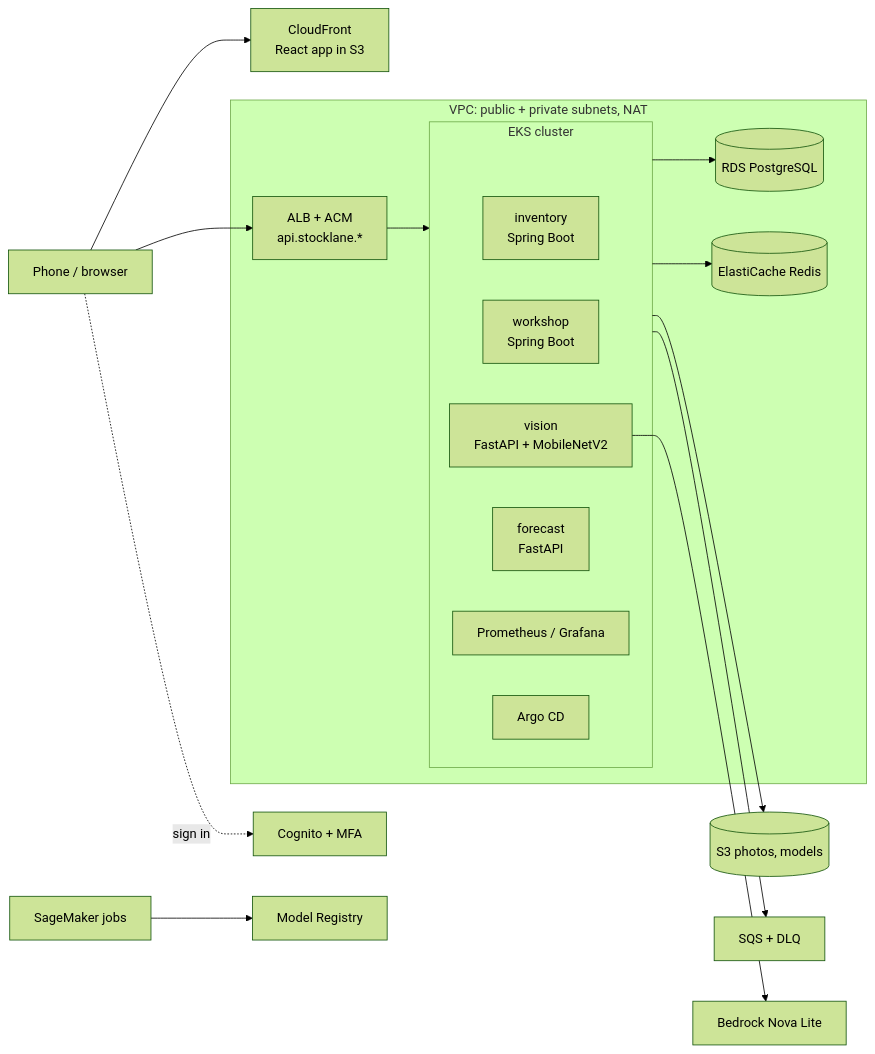
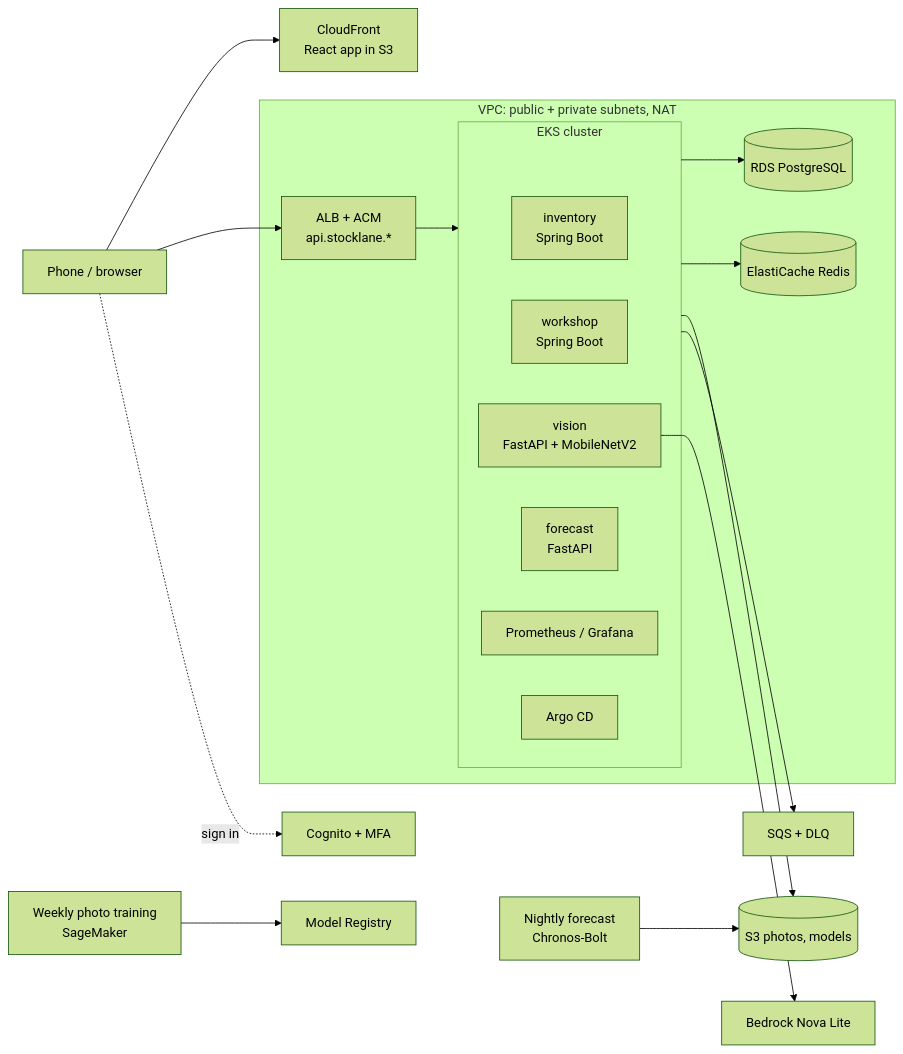
One commit to bawantha395/workshop-stock-management-system-mlops changed the first of 2 diagrams in README.md. Above: the diagram before and after it, drawn with Mermaid (forest theme). The commit also changed other lines of this file and 250 other files, not shown here.

````diff
--- a/README.md
+++ b/README.md
@@ -11,23 +15,24 @@
 ```mermaid
 flowchart LR
   U[Phone / browser] --> CF[CloudFront<br/>React app in S3]
   U --> ALB[ALB + ACM<br/>api.stocklane.*]
   subgraph VPC [VPC: public + private subnets, NAT]
     ALB --> EKS
     subgraph EKS [EKS cluster]
       INV[inventory<br/>Spring Boot]
       WS[workshop<br/>Spring Boot]
       VIS[vision<br/>FastAPI + MobileNetV2]
       FC[forecast<br/>FastAPI]
       MON[Prometheus / Grafana]
       ARGO[Argo CD]
     end
     EKS --> RDS[(RDS PostgreSQL)]
     EKS --> REDIS[(ElastiCache Redis)]
   end
   EKS --> S3[(S3 photos, models)]
   EKS --> SQS[SQS + DLQ]
   VIS --> BR[Bedrock Nova Lite]
-  SM[SageMaker jobs] --> REG[Model Registry]
+  FJ[Nightly forecast<br/>Chronos-Bolt] --> S3
+  SM[Weekly photo training<br/>SageMaker] --> REG[Model Registry]
   U -. sign in .-> COG[Cognito + MFA]
 ```
````
